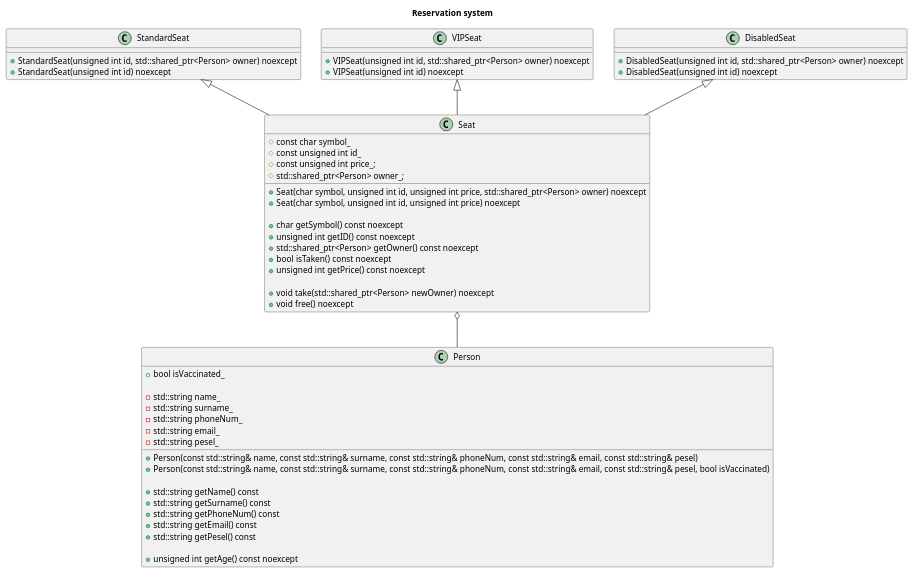
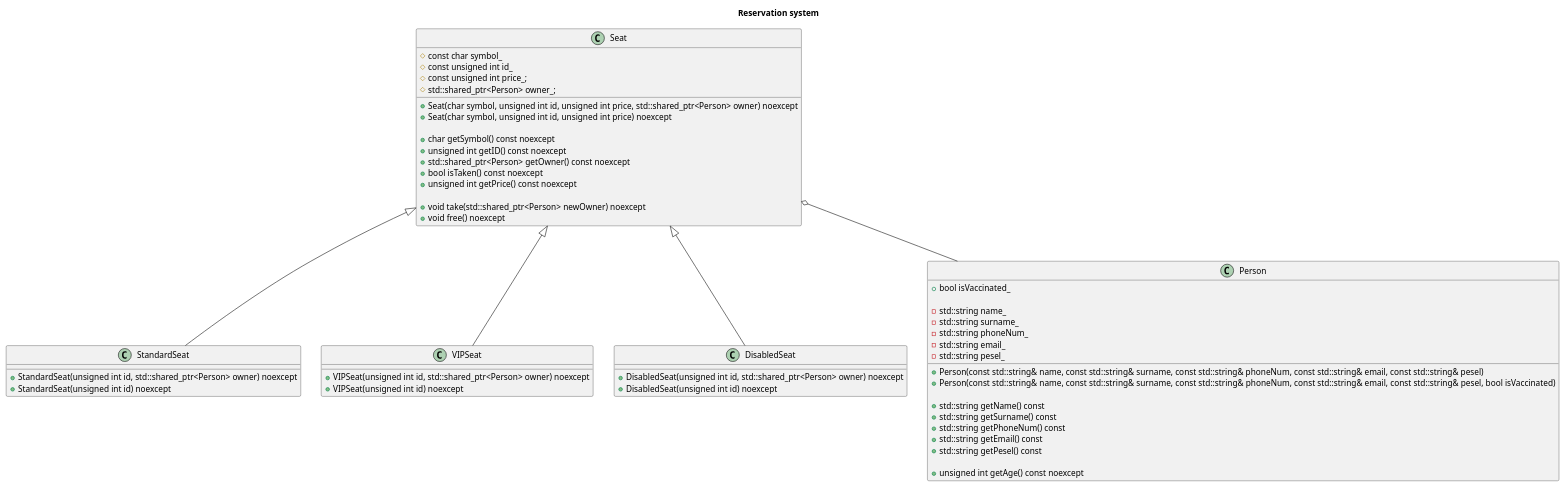
Before and after one commit to anraf1001/reservation-system: the diagram in reservation-system.plantuml, drawn with PlantUML. The commit also changed 1 other file, not shown here.

Commit message:
Update UML

```diff
--- a/reservation-system.plantuml
+++ b/reservation-system.plantuml
@@ -1,68 +1,68 @@
 @startuml Reservation system
 
 title
 Reservation system
 end title
 
 class Seat {
     +Seat(char symbol, unsigned int id, unsigned int price, std::shared_ptr<Person> owner) noexcept
     +Seat(char symbol, unsigned int id, unsigned int price) noexcept
 
     +char getSymbol() const noexcept
     +unsigned int getID() const noexcept
     +std::shared_ptr<Person> getOwner() const noexcept
     +bool isTaken() const noexcept
     +unsigned int getPrice() const noexcept
 
     +void take(std::shared_ptr<Person> newOwner) noexcept
     +void free() noexcept
 
     #const char symbol_
     #const unsigned int id_
     #const unsigned int price_;
     #std::shared_ptr<Person> owner_;
 }
 
 class StandardSeat {
     +StandardSeat(unsigned int id, std::shared_ptr<Person> owner) noexcept
     +StandardSeat(unsigned int id) noexcept
 }
 
 class VIPSeat {
     +VIPSeat(unsigned int id, std::shared_ptr<Person> owner) noexcept
     +VIPSeat(unsigned int id) noexcept
 }
 
 class DisabledSeat {
     +DisabledSeat(unsigned int id, std::shared_ptr<Person> owner) noexcept
     +DisabledSeat(unsigned int id) noexcept
 }
 
 class Person {
     +Person(const std::string& name, const std::string& surname, const std::string& phoneNum, const std::string& email, const std::string& pesel)
     +Person(const std::string& name, const std::string& surname, const std::string& phoneNum, const std::string& email, const std::string& pesel, bool isVaccinated)
 
     +std::string getName() const
     +std::string getSurname() const
     +std::string getPhoneNum() const
     +std::string getEmail() const
     +std::string getPesel() const
 
     +unsigned int getAge() const noexcept
 
     +bool isVaccinated_
 
     -std::string name_
     -std::string surname_
     -std::string phoneNum_
     -std::string email_
     -std::string pesel_
 }
 
-StandardSeat <|-- Seat
-VIPSeat <|-- Seat
-DisabledSeat <|-- Seat
+Seat <|-- StandardSeat
+Seat <|-- VIPSeat
+Seat <|-- DisabledSeat
 
 Seat o-- Person
 
 @enduml
```
